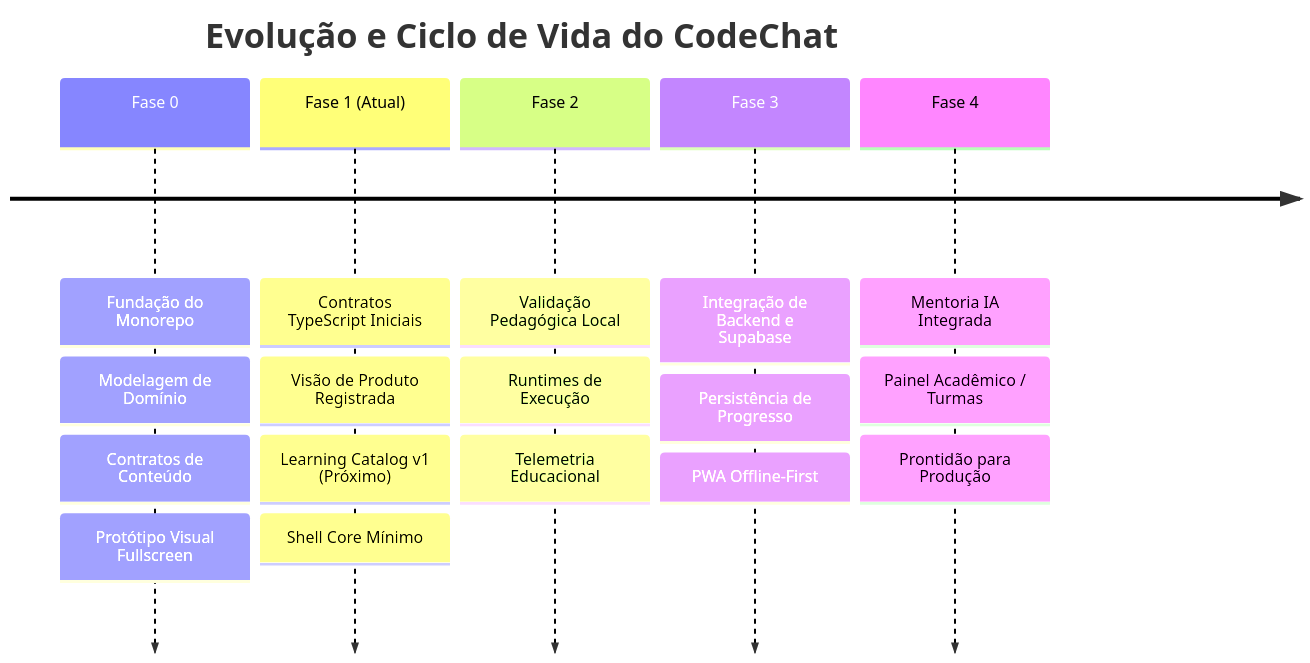
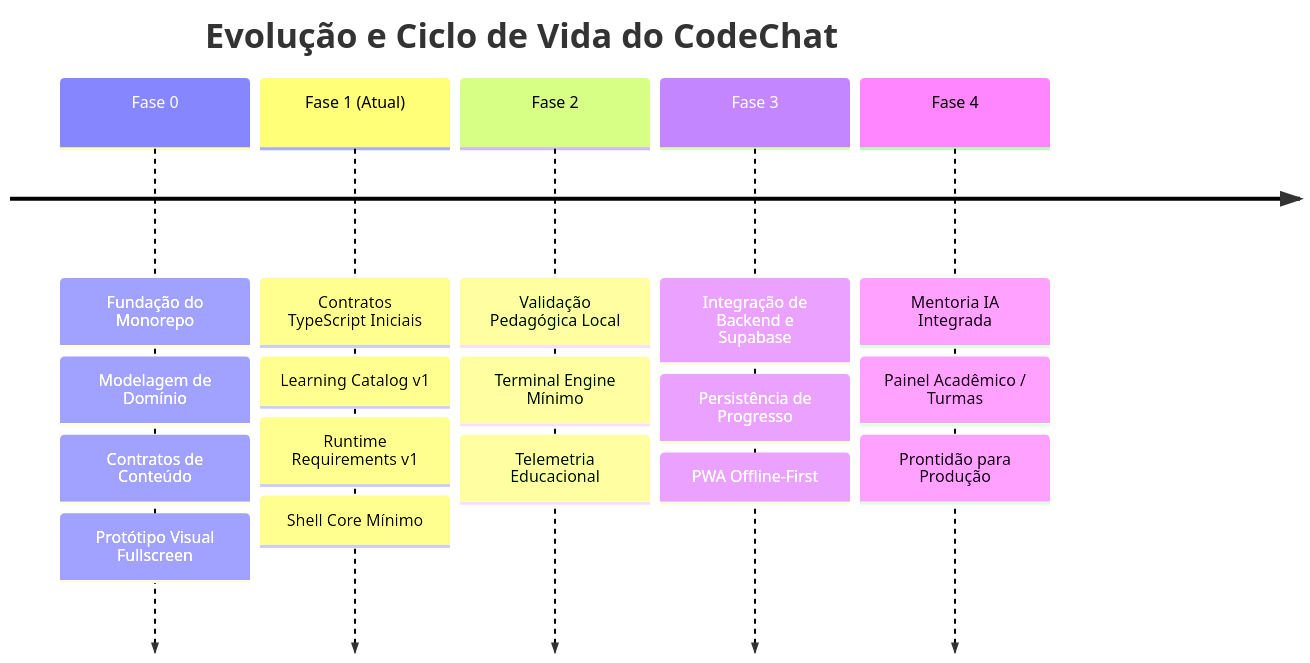
Before and after one commit to reinaldogramachof-hash/RootScoll: the fifth of 6 diagrams in docs/operations/visual-operational-brain.md, drawn with Mermaid. The commit also changed other lines of this file and 19 other files, not shown here.

Commit message:
feat: implement minimal terminal shell core

````diff
--- a/docs/operations/visual-operational-brain.md
+++ b/docs/operations/visual-operational-brain.md
@@ -138,9 +138,9 @@
 ```mermaid
 timeline
     title Evolução e Ciclo de Vida do CodeChat
     Fase 0 : Fundação do Monorepo : Modelagem de Domínio : Contratos de Conteúdo : Protótipo Visual Fullscreen
-    Fase 1 (Atual) : Contratos TypeScript Iniciais : Visão de Produto Registrada : Learning Catalog v1 (Próximo) : Shell Core Mínimo
-    Fase 2 : Validação Pedagógica Local : Runtimes de Execução : Telemetria Educacional
+    Fase 1 (Atual) : Contratos TypeScript Iniciais : Learning Catalog v1 : Runtime Requirements v1 : Shell Core Mínimo
+    Fase 2 : Validação Pedagógica Local : Terminal Engine Mínimo : Telemetria Educacional
     Fase 3 : Integração de Backend e Supabase : Persistência de Progresso : PWA Offline-First
     Fase 4 : Mentoria IA Integrada : Painel Acadêmico / Turmas : Prontidão para Produção
 ```
````
